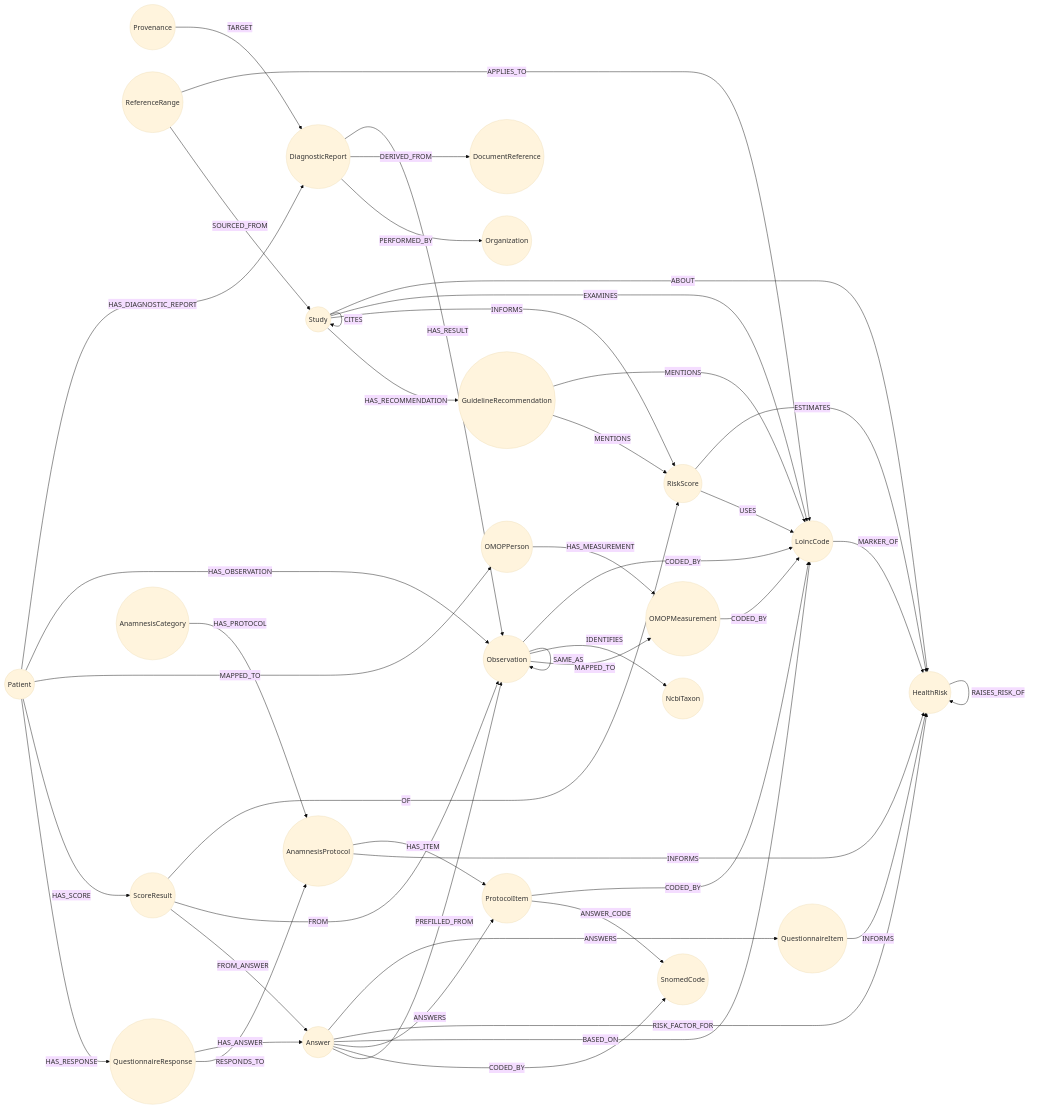
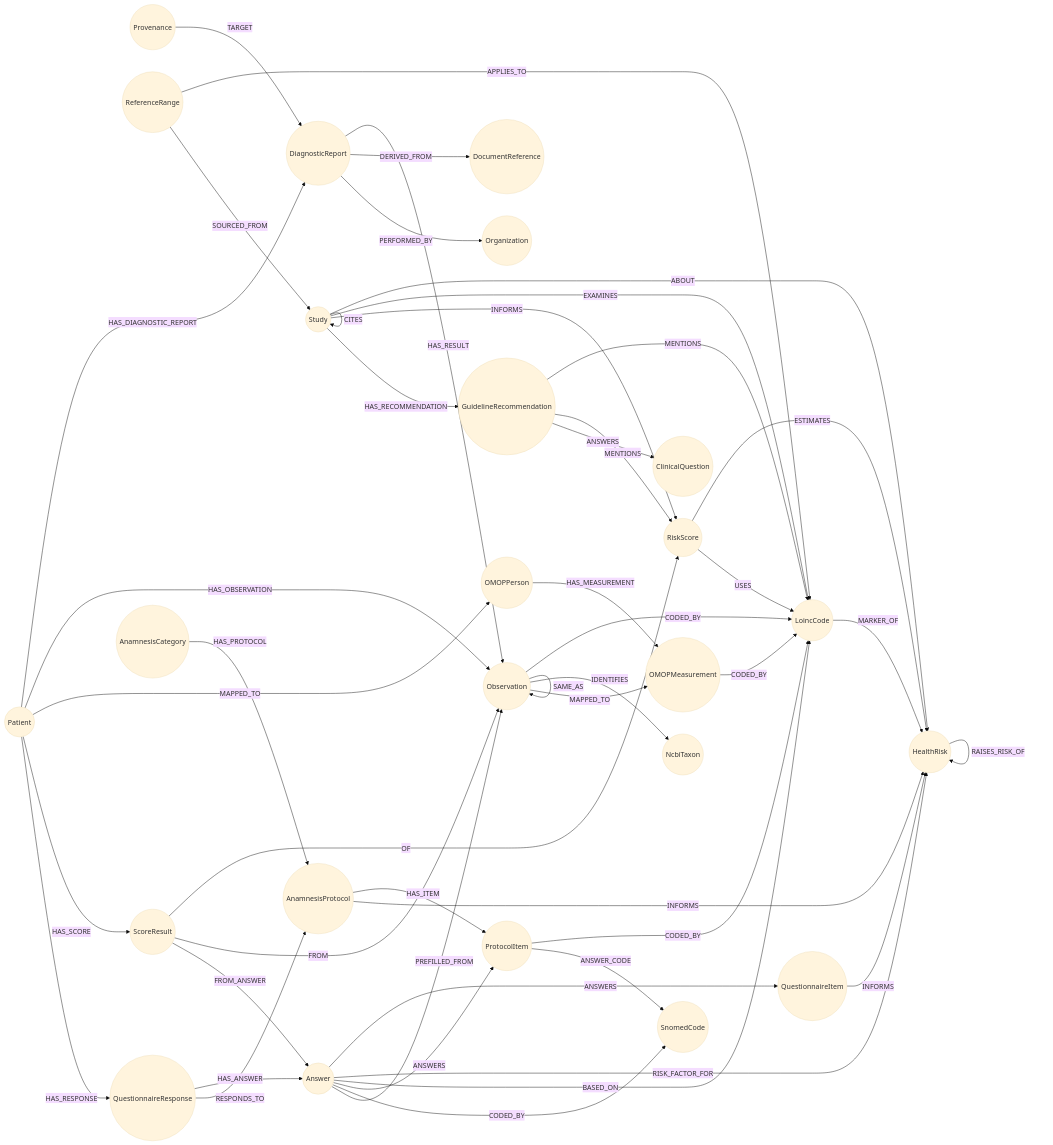
One commit to ma3u/relate-hackathon-team changed the diagram in docs/SCHEMA.md. Above: the diagram before and after it, drawn with Mermaid (base theme). The commit also changed other lines of this file and 16 other files, not shown here.

First line of the commit message:
feat(guidelines): Norwegian recommendations next to the German ones, at a clinical question

````diff
--- a/docs/SCHEMA.md
+++ b/docs/SCHEMA.md
@@ -20,48 +20,49 @@
 ```mermaid
 flowchart LR
   P((Patient)) -- HAS_DIAGNOSTIC_REPORT --> DR((DiagnosticReport))
   P -- HAS_OBSERVATION --> O((Observation))
   DR -- HAS_RESULT --> O
   DR -- DERIVED_FROM --> DOC((DocumentReference))
   DR -- PERFORMED_BY --> ORG((Organization))
   PV((Provenance)) -- TARGET --> DR
   O -- CODED_BY --> LC((LoincCode))
   O -- IDENTIFIES --> TX((NcbiTaxon))
   P -- MAPPED_TO --> OP((OMOPPerson))
   O -- MAPPED_TO --> OM((OMOPMeasurement))
   OP -- HAS_MEASUREMENT --> OM
   OM -- CODED_BY --> LC
   O -- SAME_AS --> O
   RS((RiskScore)) -- ESTIMATES --> HR((HealthRisk))
   RS -- USES --> LC
   LC -- MARKER_OF --> HR
   RR((ReferenceRange)) -- APPLIES_TO --> LC
   RR -- SOURCED_FROM --> ST
   HR -- RAISES_RISK_OF --> HR
   ST((Study)) -- ABOUT --> HR
   ST -- EXAMINES --> LC
   ST -- INFORMS --> RS
   ST -- CITES --> ST
   ST -- HAS_RECOMMENDATION --> GR((GuidelineRecommendation))
   GR -- MENTIONS --> LC
   GR -- MENTIONS --> RS
+  GR -- ANSWERS --> CQ((ClinicalQuestion))
   P -- HAS_SCORE --> SR((ScoreResult))
   SR -- OF --> RS
   SR -- FROM --> O
   QI((QuestionnaireItem)) -- INFORMS --> HR
   P -- HAS_RESPONSE --> QR((QuestionnaireResponse))
   QR -- HAS_ANSWER --> A((Answer))
   A -- ANSWERS --> QI
   A -- RISK_FACTOR_FOR --> HR
   A -- BASED_ON --> LC
   SR -- FROM_ANSWER --> A
   AC((AnamnesisCategory)) -- HAS_PROTOCOL --> AP((AnamnesisProtocol))
   AP -- HAS_ITEM --> PI((ProtocolItem))
   AP -- INFORMS --> HR
   PI -- CODED_BY --> LC
   PI -- ANSWER_CODE --> SC((SnomedCode))
   QR -- RESPONDS_TO --> AP
   A -- ANSWERS --> PI
   A -- CODED_BY --> SC
   A -- PREFILLED_FROM --> O
 ```
````
